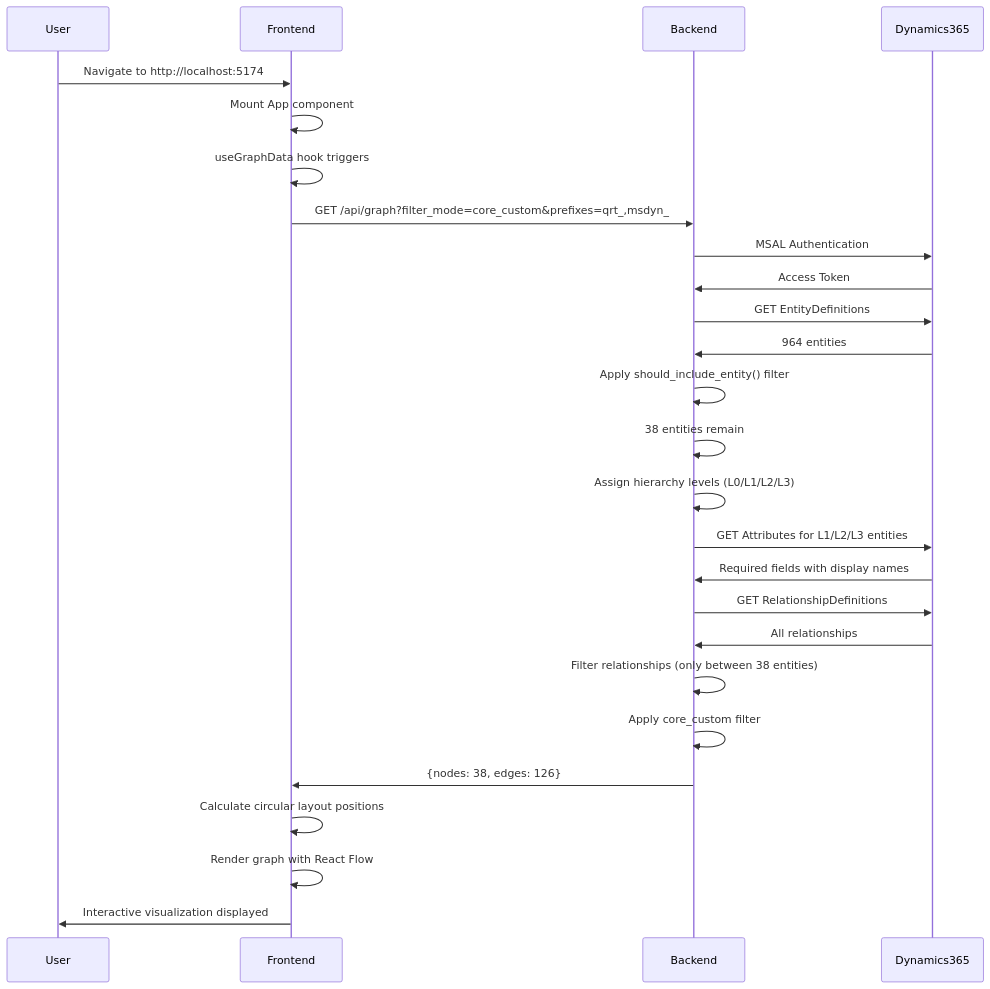
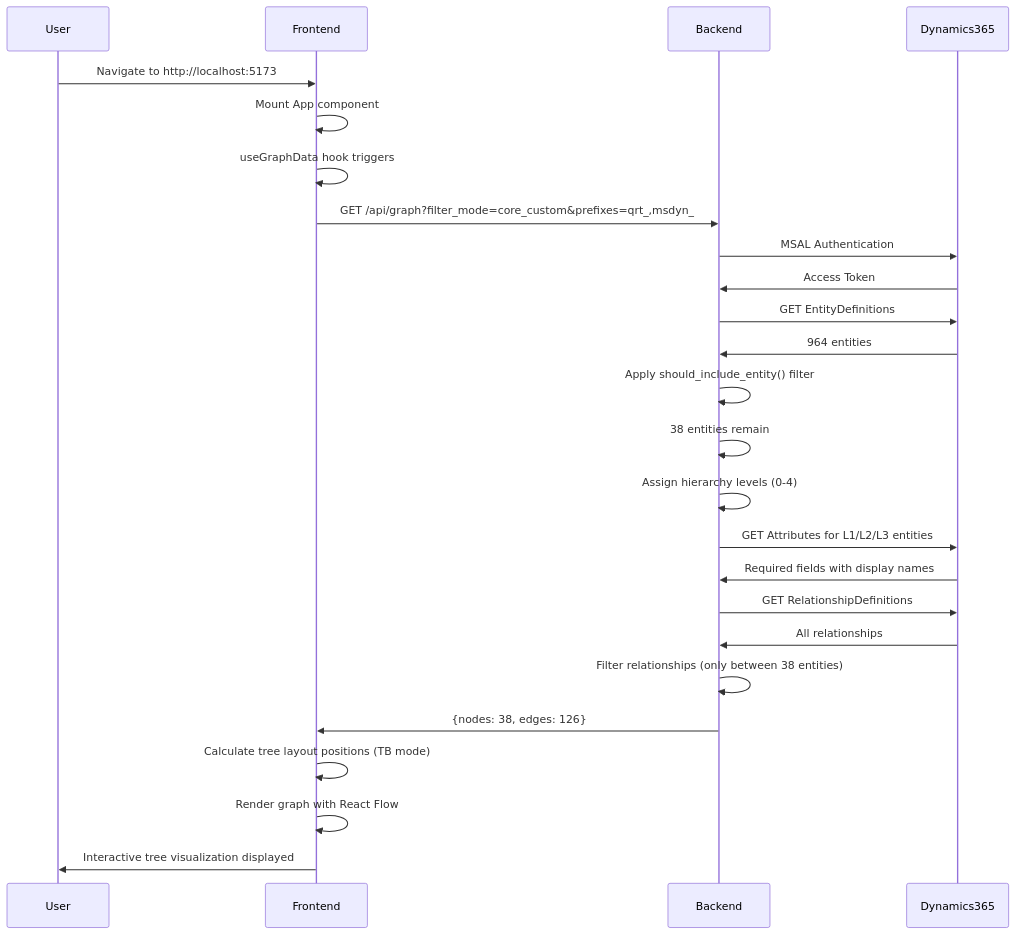
The first of 3 diagrams in SYSTEM_ARCHITECTURE.md (chou-aspen/aos-entity-structure), drawn with Mermaid before and after one commit. The commit also changed other lines of this file, not shown here.

````diff
--- a/SYSTEM_ARCHITECTURE.md
+++ b/SYSTEM_ARCHITECTURE.md
@@ -82,24 +88,23 @@
 ```mermaid
 sequenceDiagram
-    User->>Frontend: Navigate to http://localhost:5174
+    User->>Frontend: Navigate to http://localhost:5173
     Frontend->>Frontend: Mount App component
     Frontend->>Frontend: useGraphData hook triggers
     Frontend->>Backend: GET /api/graph?filter_mode=core_custom&prefixes=qrt_,msdyn_
     Backend->>Dynamics365: MSAL Authentication
     Dynamics365->>Backend: Access Token
     Backend->>Dynamics365: GET EntityDefinitions
     Dynamics365->>Backend: 964 entities
     Backend->>Backend: Apply should_include_entity() filter
     Backend->>Backend: 38 entities remain
-    Backend->>Backend: Assign hierarchy levels (L0/L1/L2/L3)
+    Backend->>Backend: Assign hierarchy levels (0-4)
     Backend->>Dynamics365: GET Attributes for L1/L2/L3 entities
     Dynamics365->>Backend: Required fields with display names
     Backend->>Dynamics365: GET RelationshipDefinitions
     Dynamics365->>Backend: All relationships
     Backend->>Backend: Filter relationships (only between 38 entities)
-    Backend->>Backend: Apply core_custom filter
     Backend->>Frontend: {nodes: 38, edges: 126}
-    Frontend->>Frontend: Calculate circular layout positions
+    Frontend->>Frontend: Calculate tree layout positions (TB mode)
     Frontend->>Frontend: Render graph with React Flow
-    Frontend->>User: Interactive visualization displayed
+    Frontend->>User: Interactive tree visualization displayed
 ```
````
